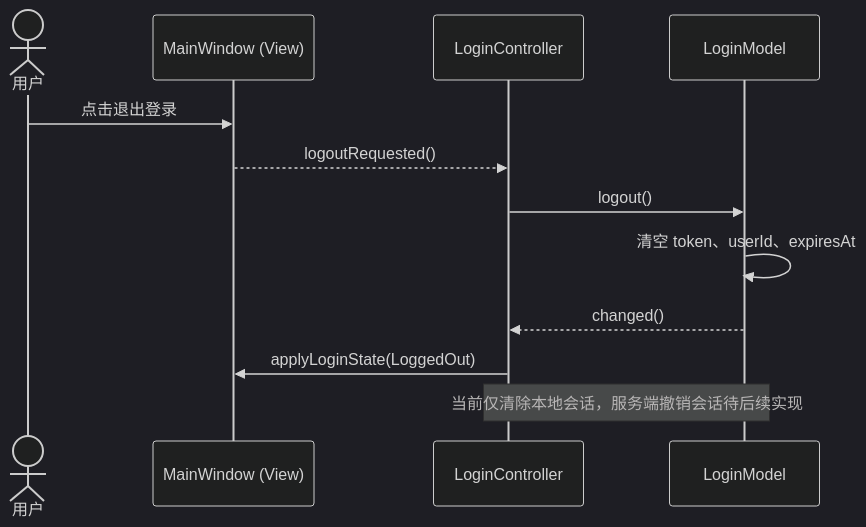
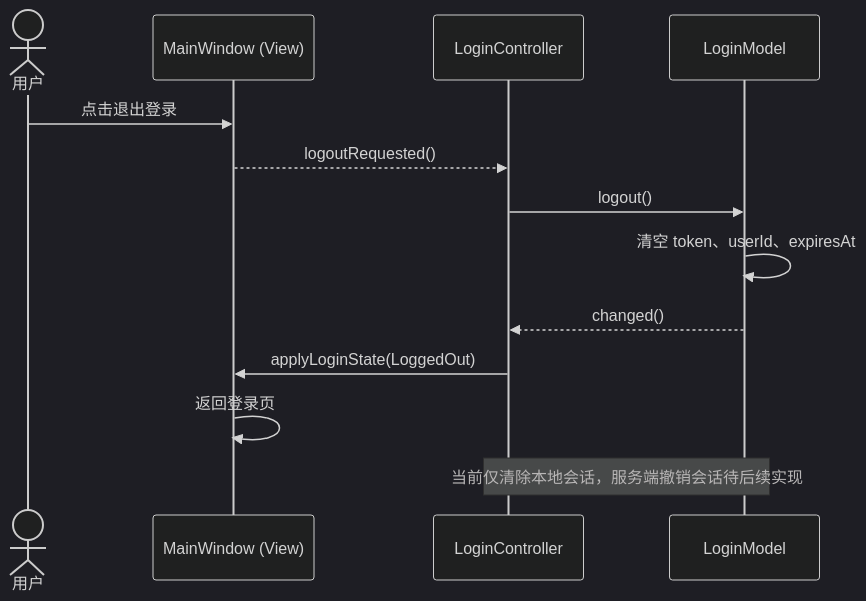
One commit to kingsman-svg/OBS changed the diagram in docs/uml/sequences/logout.mmd. Above: the diagram before and after it, drawn with Mermaid (dark theme). The commit also changed 29 other files, not shown here.

```diff
--- a/docs/uml/sequences/logout.mmd
+++ b/docs/uml/sequences/logout.mmd
@@ -1,12 +1,13 @@
 sequenceDiagram
 actor U as 用户
 participant V as MainWindow (View)
 participant C as LoginController
 participant M as LoginModel
 U->>V: 点击退出登录
 V-->>C: logoutRequested()
 C->>M: logout()
 M->>M: 清空 token、userId、expiresAt
 M-->>C: changed()
 C->>V: applyLoginState(LoggedOut)
+V->>V: 返回登录页
 Note over C,M: 当前仅清除本地会话，服务端撤销会话待后续实现
```
